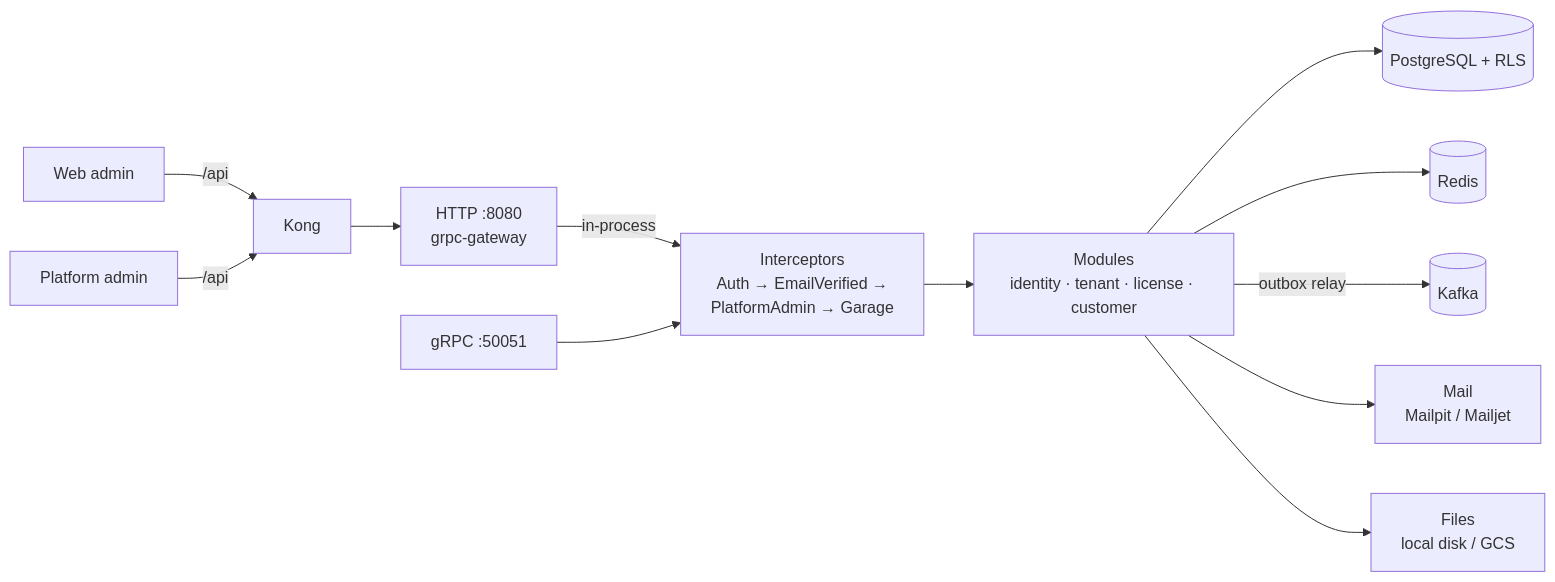
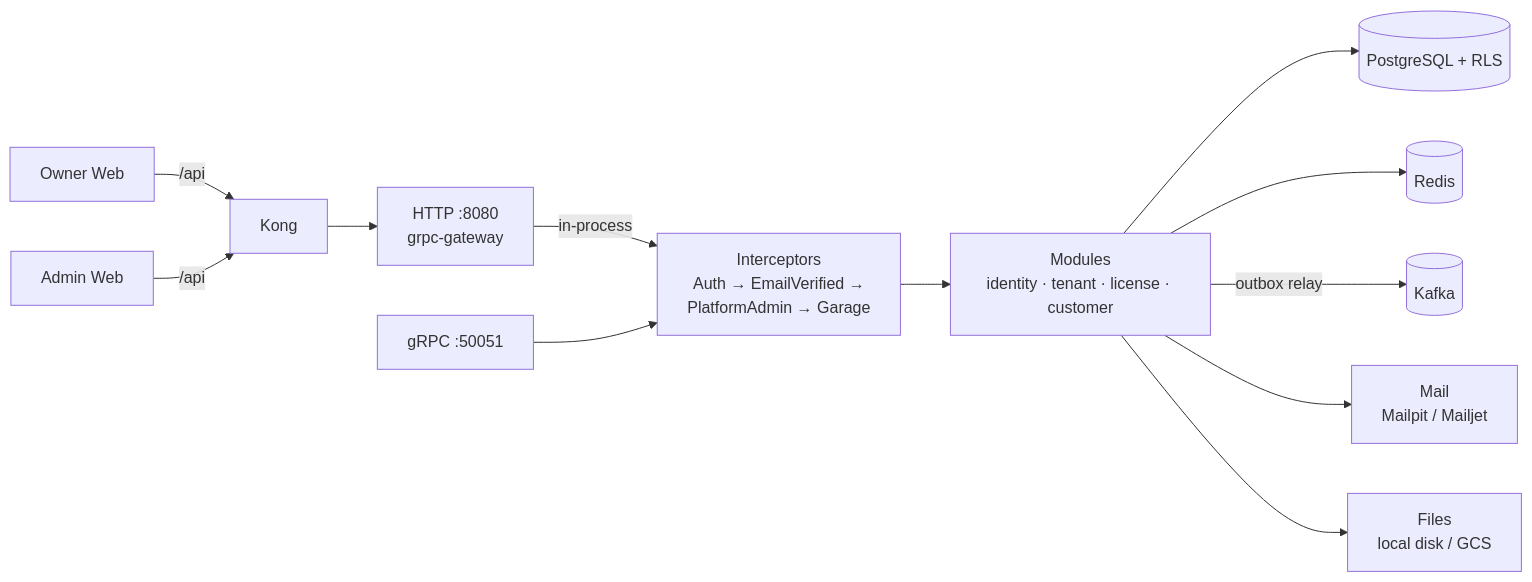
The diagram in README.md (viettechno/vietgara-backend), drawn with Mermaid before and after one commit. The commit also changed other lines of this file and 2 other files, not shown here.

````diff
--- a/README.md
+++ b/README.md
@@ -26,14 +26,14 @@
 ```mermaid
 flowchart LR
-  W[Web admin] -->|/api| K[Kong]
-  P[Platform admin] -->|/api| K
+  W[Owner Web] -->|/api| K[Kong]
+  P[Admin Web] -->|/api| K
   K --> H["HTTP :8080<br/>grpc-gateway"]
   H -->|in-process| I["Interceptors<br/>Auth → EmailVerified →<br/>PlatformAdmin → Garage"]
   G["gRPC :50051"] --> I
   I --> M["Modules<br/>identity · tenant · license · customer"]
   M --> PG[(PostgreSQL + RLS)]
   M --> R[(Redis)]
   M -->|outbox relay| KF[(Kafka)]
   M --> MAIL["Mail<br/>Mailpit / Mailjet"]
   M --> ST["Files<br/>local disk / GCS"]
 ```
````
